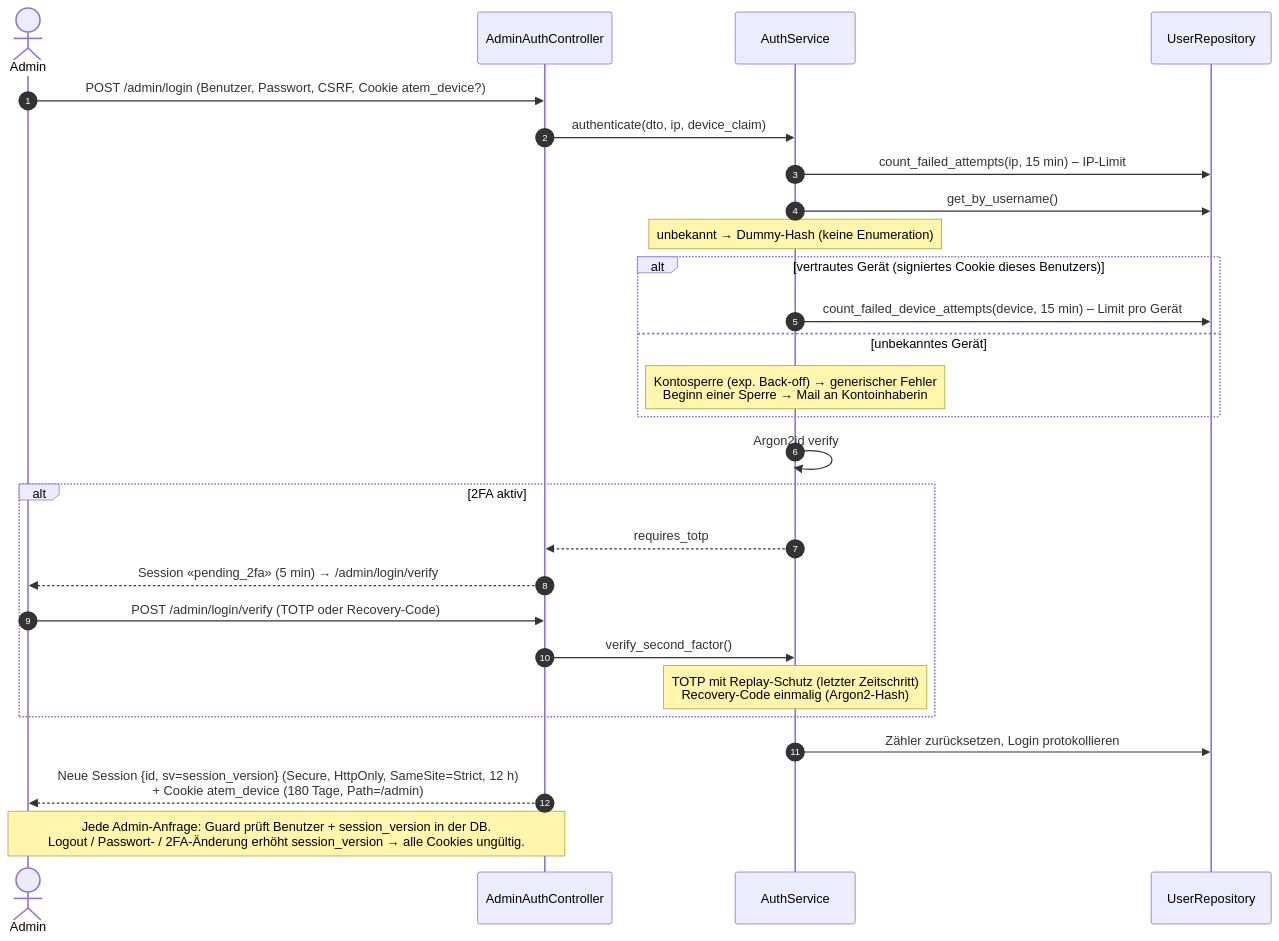
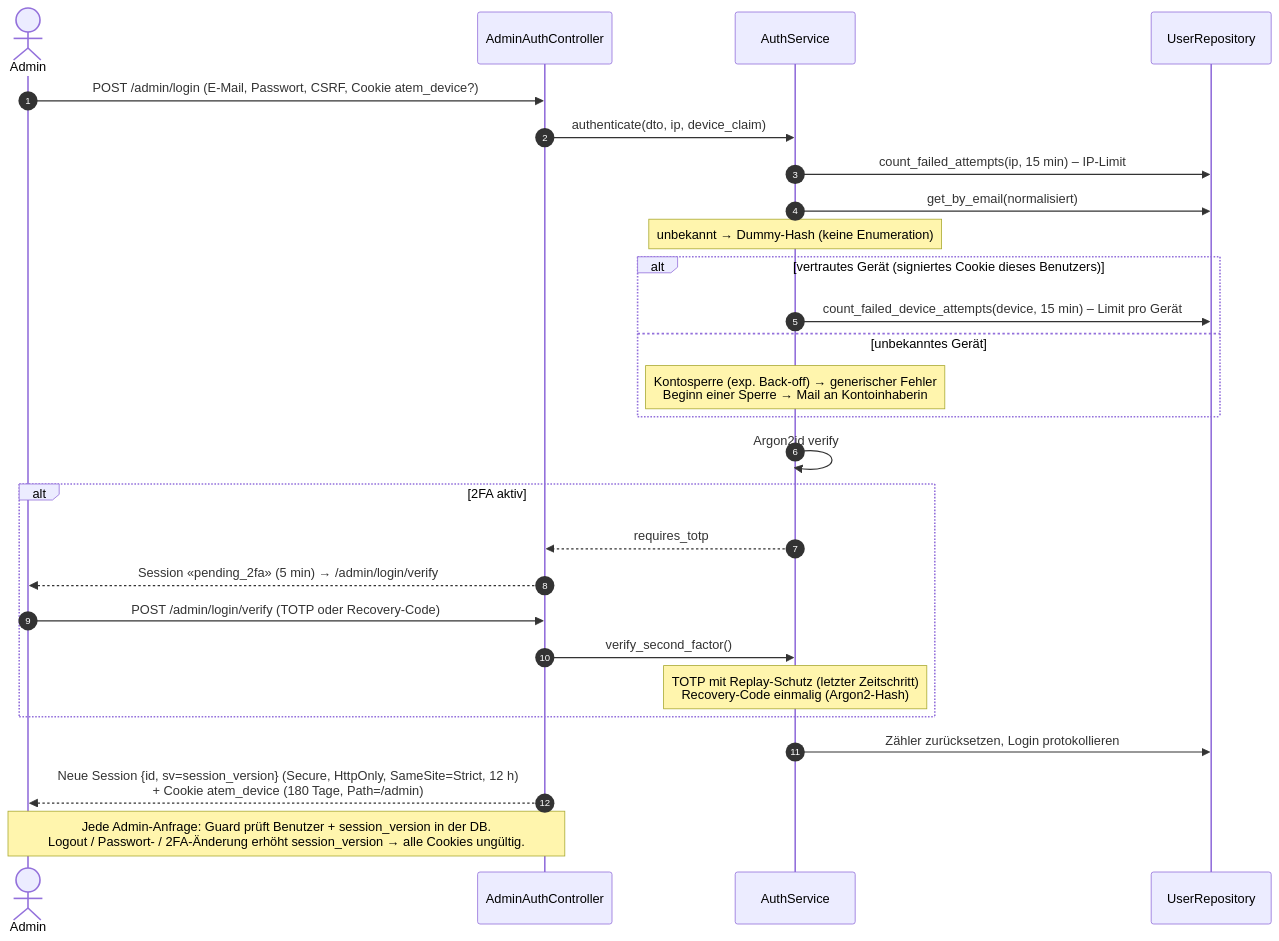
The third of 5 diagrams in docs/architecture/sequence_diagrams.md (winSC1ENCE/pusterum), drawn with Mermaid before and after one commit. The commit also changed 42 other files, not shown here.

First line of the commit message:
Refactor authentication to use email instead of username

````diff
--- a/docs/architecture/sequence_diagrams.md
+++ b/docs/architecture/sequence_diagrams.md
@@ -72,30 +72,30 @@
 ```mermaid
 sequenceDiagram
     autonumber
     actor A as Admin
     participant AC as AdminAuthController
     participant AS as AuthService
     participant UR as UserRepository
 
-    A->>AC: POST /admin/login (Benutzer, Passwort, CSRF, Cookie atem_device?)
+    A->>AC: POST /admin/login (E-Mail, Passwort, CSRF, Cookie atem_device?)
     AC->>AS: authenticate(dto, ip, device_claim)
     AS->>UR: count_failed_attempts(ip, 15 min) – IP-Limit
-    AS->>UR: get_by_username()
+    AS->>UR: get_by_email(normalisiert)
     Note over AS: unbekannt → Dummy-Hash (keine Enumeration)
     alt vertrautes Gerät (signiertes Cookie dieses Benutzers)
         AS->>UR: count_failed_device_attempts(device, 15 min) – Limit pro Gerät
     else unbekanntes Gerät
         Note over AS: Kontosperre (exp. Back-off) → generischer Fehler<br/>Beginn einer Sperre → Mail an Kontoinhaberin
     end
     AS->>AS: Argon2id verify
     alt 2FA aktiv
         AS-->>AC: requires_totp
         AC-->>A: Session «pending_2fa» (5 min) → /admin/login/verify
         A->>AC: POST /admin/login/verify (TOTP oder Recovery-Code)
         AC->>AS: verify_second_factor()
         Note over AS: TOTP mit Replay-Schutz (letzter Zeitschritt)<br/>Recovery-Code einmalig (Argon2-Hash)
     end
     AS->>UR: Zähler zurücksetzen, Login protokollieren
     AC-->>A: Neue Session {id, sv=session_version} (Secure, HttpOnly, SameSite=Strict, 12 h)<br/>+ Cookie atem_device (180 Tage, Path=/admin)
     Note over A,AC: Jede Admin-Anfrage: Guard prüft Benutzer + session_version in der DB.<br/>Logout / Passwort- / 2FA-Änderung erhöht session_version → alle Cookies ungültig.
 ```
````
